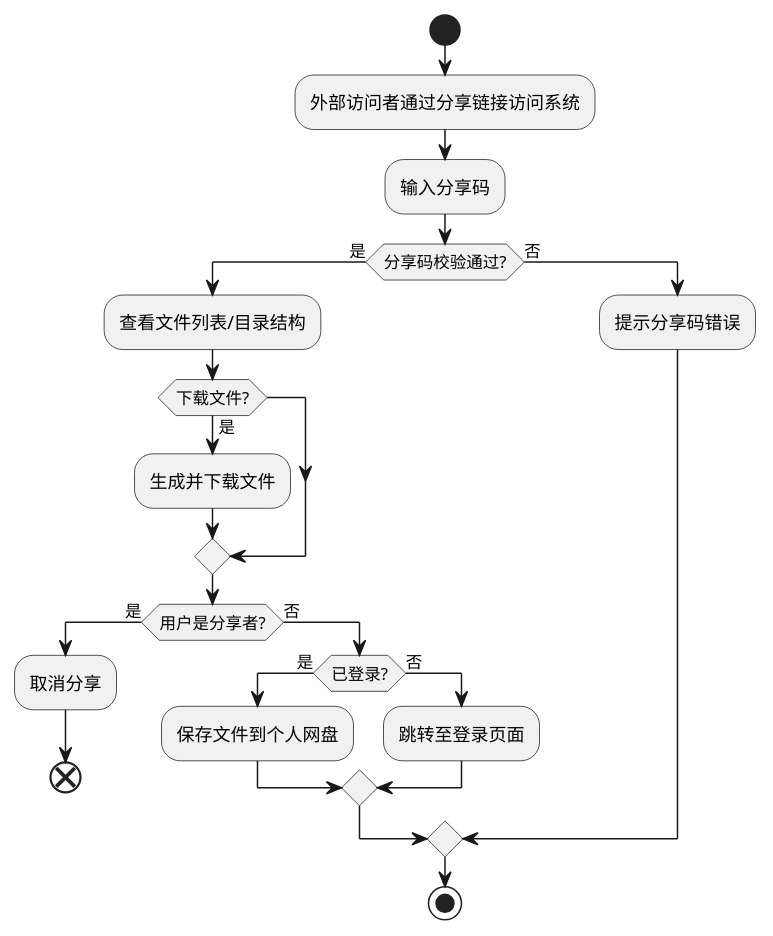
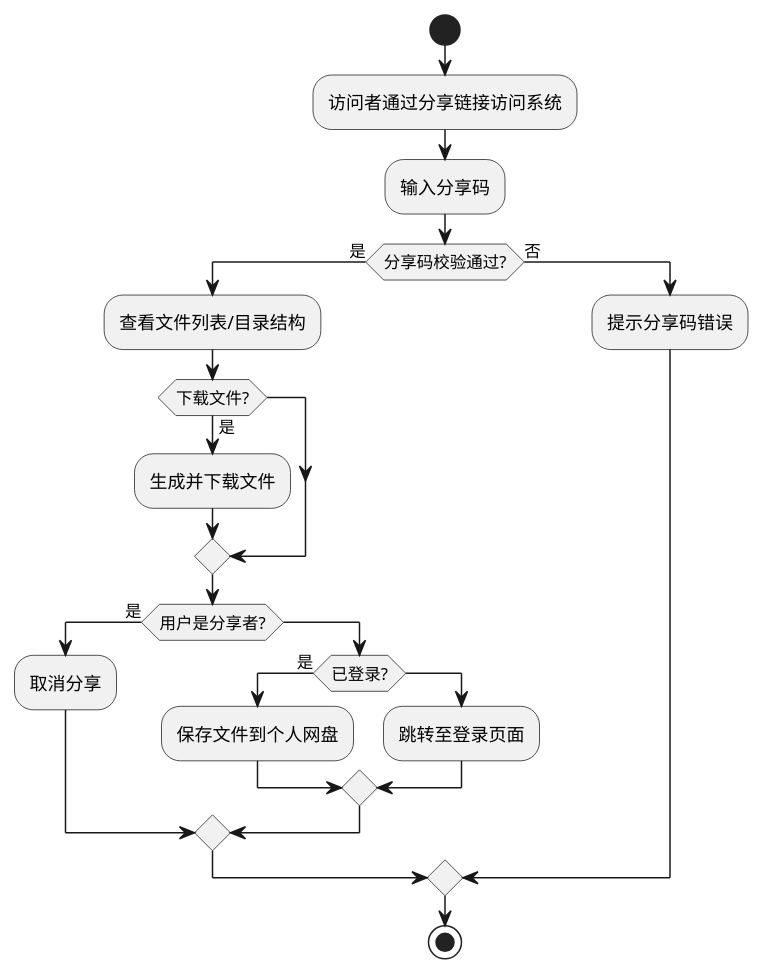
The diagram in src/main/java/com/mhc/springbootclouddisk/plantuml/activity/share.puml (1600496156/springboot-cloud-disk), drawn with PlantUML before and after one commit. The commit also changed 9 other files, not shown here.

```diff
--- a/src/main/java/com/mhc/springbootclouddisk/plantuml/activity/share.puml
+++ b/src/main/java/com/mhc/springbootclouddisk/plantuml/activity/share.puml
@@ -1,24 +1,27 @@
 @startuml
 start
-:外部访问者通过分享链接访问系统;
+:访问者通过分享链接访问系统;
 :输入分享码;
+
 if (分享码校验通过?) then (是)
-    :查看文件列表/目录结构;
-    if (下载文件?) then (是)
-      :生成并下载文件;
-    endif
+  :查看文件列表/目录结构;
+
+  if (下载文件?) then (是)
+    :生成并下载文件;
+  endif
   if (用户是分享者?) then (是)
     :取消分享;
-    end
-  else (否)
-      if (已登录?) then (是)
-        :保存文件到个人网盘;
-      else (否)
-        :跳转至登录页面;
-      endif
+  else
+    if (已登录?) then (是)
+      :保存文件到个人网盘;
+    else
+      :跳转至登录页面;
+    endif
   endif
+
 else (否)
   :提示分享码错误;
 endif
+
 stop
 @enduml
```
